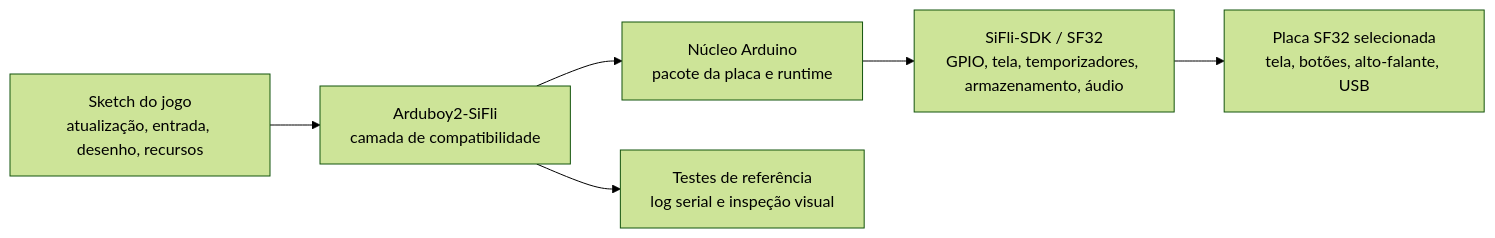
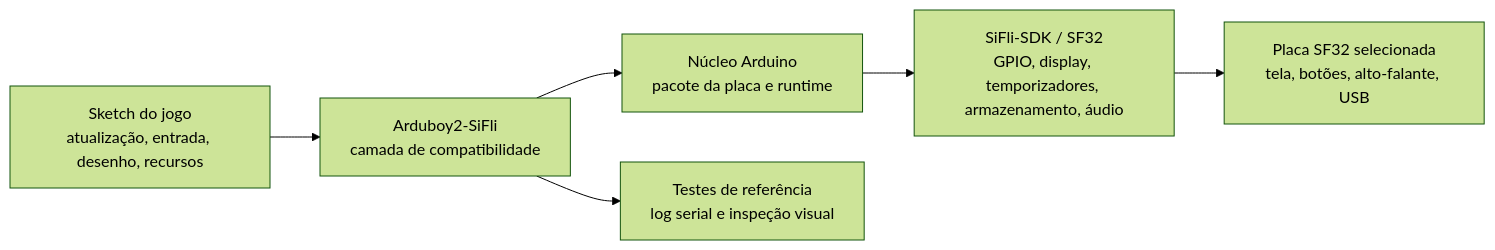
Before and after one commit to uForge-io/uforge-site: the diagram in docs_pt/projects/arduboy2-sifli.md, drawn with Mermaid (forest theme). The commit also changed other lines of this file and 1299 other files, not shown here.

````diff
--- a/docs_pt/projects/arduboy2-sifli.md
+++ b/docs_pt/projects/arduboy2-sifli.md
@@ -133,8 +133,8 @@
 ```mermaid
 flowchart LR
     G["Sketch do jogo\natualização, entrada, desenho, recursos"] --> A["Arduboy2-SiFli\ncamada de compatibilidade"]
     A --> C["Núcleo Arduino\npacote da placa e runtime"]
-    C --> S["SiFli-SDK / SF32\nGPIO, tela, temporizadores, armazenamento, áudio"]
+    C --> S["SiFli-SDK / SF32\nGPIO, display, temporizadores, armazenamento, áudio"]
     S --> H["Placa SF32 selecionada\ntela, botões, alto-falante, USB"]
     A --> R["Testes de referência\nlog serial e inspeção visual"]
 ```
````
